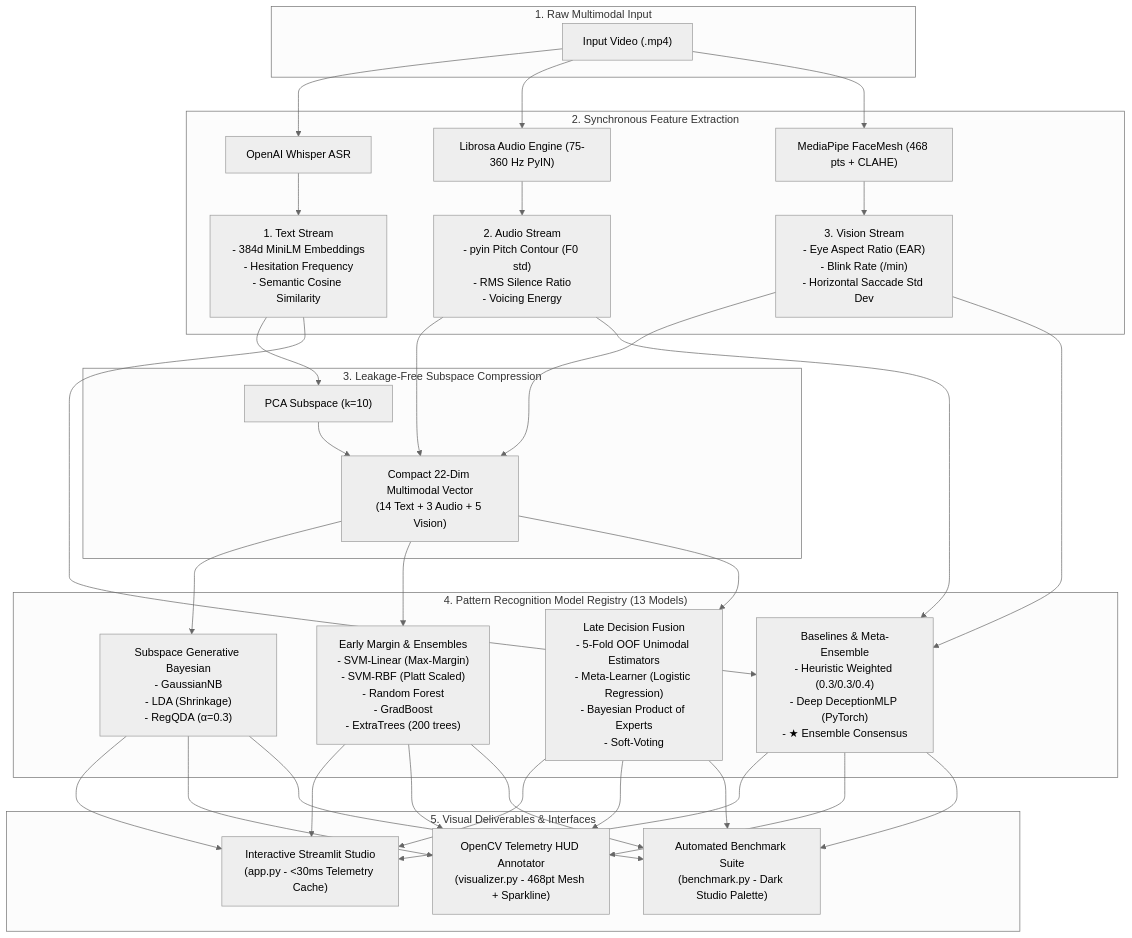
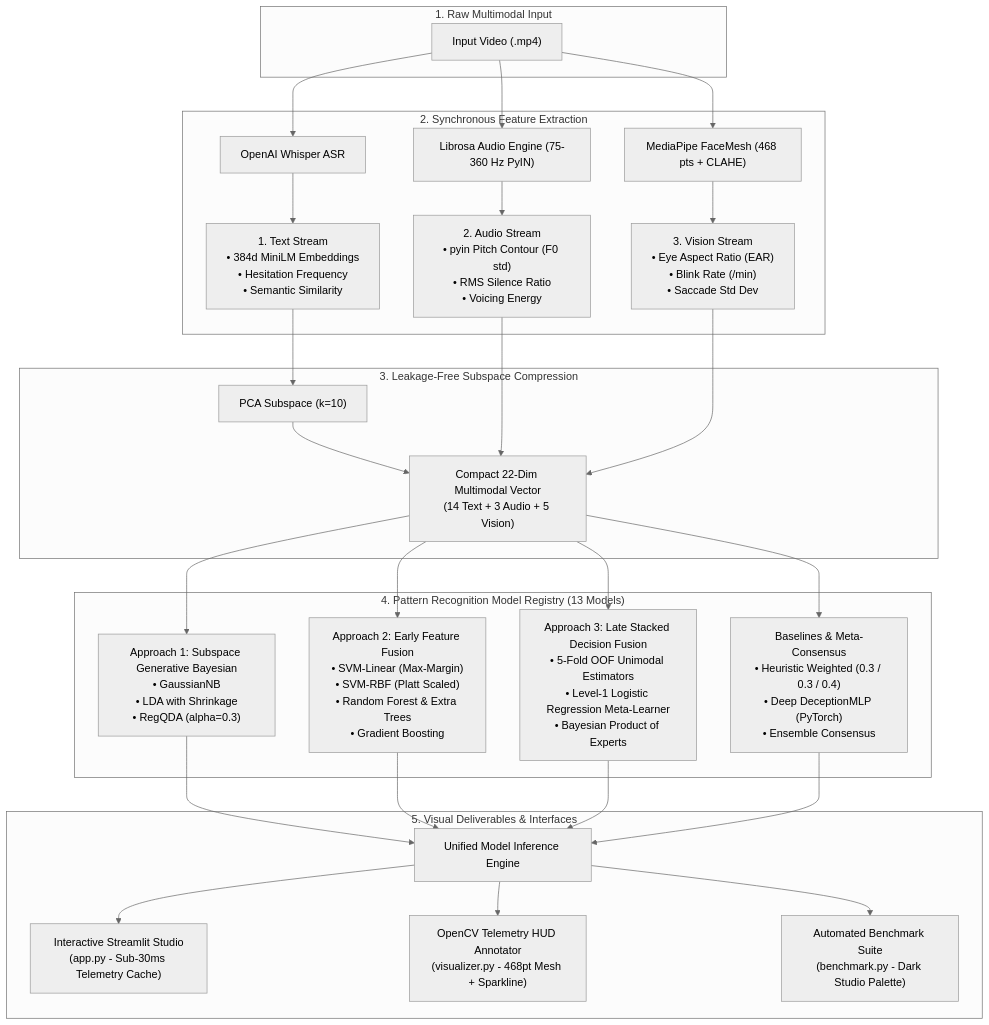
One commit to ChaitanyaParate/Multimodal_Deception_Detection_Using_Pattern_Recognition changed the diagram in README.md. Above: the diagram before and after it, drawn with Mermaid (neutral theme). The commit also changed other lines of this file, not shown here.

Commit message:
docx: added 'The Three Core Pattern Recognition Approaches' in readme

````diff
--- a/README.md
+++ b/README.md
@@ -32,34 +104,40 @@
 ```mermaid
 flowchart TD
-    subgraph Input ["1. Raw Multimodal Input"]
+    subgraph Input["1. Raw Multimodal Input"]
         V["Input Video (.mp4)"]
     end
 
-    subgraph FeatureExtraction ["2. Synchronous Feature Extraction"]
+    subgraph FeatureExtraction["2. Synchronous Feature Extraction"]
         V --> W["OpenAI Whisper ASR"]
         V --> L["Librosa Audio Engine (75-360 Hz PyIN)"]
         V --> M["MediaPipe FaceMesh (468 pts + CLAHE)"]
 
-        W --> T_FEAT["1. Text Stream\n- 384d MiniLM Embeddings\n- Hesitation Frequency\n- Semantic Cosine Similarity"]
-        L --> A_FEAT["2. Audio Stream\n- pyin Pitch Contour (F0 std)\n- RMS Silence Ratio\n- Voicing Energy"]
-        M --> V_FEAT["3. Vision Stream\n- Eye Aspect Ratio (EAR)\n- Blink Rate (/min)\n- Horizontal Saccade Std Dev"]
+        W --> T_FEAT["1. Text Stream<br/>• 384d MiniLM Embeddings<br/>• Hesitation Frequency<br/>• Semantic Similarity"]
+        L --> A_FEAT["2. Audio Stream<br/>• pyin Pitch Contour (F0 std)<br/>• RMS Silence Ratio<br/>• Voicing Energy"]
+        M --> V_FEAT["3. Vision Stream<br/>• Eye Aspect Ratio (EAR)<br/>• Blink Rate (/min)<br/>• Saccade Std Dev"]
     end
 
-    subgraph Subspace ["3. Leakage-Free Subspace Compression"]
+    subgraph Subspace["3. Leakage-Free Subspace Compression"]
         T_FEAT --> PCA_MOD["PCA Subspace (k=10)"]
-        PCA_MOD & A_FEAT & V_FEAT --> COMPACT["Compact 22-Dim Multimodal Vector\n(14 Text + 3 Audio + 5 Vision)"]
+        PCA_MOD --> COMPACT["Compact 22-Dim Multimodal Vector<br/>(14 Text + 3 Audio + 5 Vision)"]
+        A_FEAT --> COMPACT
+        V_FEAT --> COMPACT
     end
 
-    subgraph Models ["4. Pattern Recognition Model Registry (13 Models)"]
-        COMPACT --> FAM1["Subspace Generative Bayesian\n- GaussianNB\n- LDA (Shrinkage)\n- RegQDA (α=0.3)"]
-        COMPACT --> FAM2["Early Margin & Ensembles\n- SVM-Linear (Max-Margin)\n- SVM-RBF (Platt Scaled)\n- Random Forest\n- GradBoost\n- ExtraTrees (200 trees)"]
-        COMPACT --> FAM3["Late Decision Fusion\n- 5-Fold OOF Unimodal Estimators\n- Meta-Learner (Logistic Regression)\n- Bayesian Product of Experts\n- Soft-Voting"]
-        V_FEAT & A_FEAT & T_FEAT --> BASE["Baselines & Meta-Ensemble\n- Heuristic Weighted (0.3/0.3/0.4)\n- Deep DeceptionMLP (PyTorch)\n- ★ Ensemble Consensus"]
+    subgraph Models["4. Pattern Recognition Model Registry (13 Models)"]
+        COMPACT --> FAM1["Approach 1: Subspace Generative Bayesian<br/>• GaussianNB<br/>• LDA with Shrinkage<br/>• RegQDA (alpha=0.3)"]
+        COMPACT --> FAM2["Approach 2: Early Feature Fusion<br/>• SVM-Linear (Max-Margin)<br/>• SVM-RBF (Platt Scaled)<br/>• Random Forest & Extra Trees<br/>• Gradient Boosting"]
+        COMPACT --> FAM3["Approach 3: Late Stacked Decision Fusion<br/>• 5-Fold OOF Unimodal Estimators<br/>• Level-1 Logistic Regression Meta-Learner<br/>• Bayesian Product of Experts"]
+        COMPACT --> BASE["Baselines & Meta-Consensus<br/>• Heuristic Weighted (0.3 / 0.3 / 0.4)<br/>• Deep DeceptionMLP (PyTorch)<br/>• Ensemble Consensus"]
     end
 
-    subgraph Deliverables ["5. Visual Deliverables & Interfaces"]
-        FAM1 & FAM2 & FAM3 & BASE --> STUDIO["Interactive Streamlit Studio\n(app.py - <30ms Telemetry Cache)"]
-        FAM1 & FAM2 & FAM3 & BASE --> HUD["OpenCV Telemetry HUD Annotator\n(visualizer.py - 468pt Mesh + Sparkline)"]
-        FAM1 & FAM2 & FAM3 & BASE --> BENCH["Automated Benchmark Suite\n(benchmark.py - Dark Studio Palette)"]
+    subgraph Deliverables["5. Visual Deliverables & Interfaces"]
+        FAM1 --> APPS["Unified Model Inference Engine"]
+        FAM2 --> APPS
+        FAM3 --> APPS
+        BASE --> APPS
+        APPS --> STUDIO["Interactive Streamlit Studio<br/>(app.py - Sub-30ms Telemetry Cache)"]
+        APPS --> HUD["OpenCV Telemetry HUD Annotator<br/>(visualizer.py - 468pt Mesh + Sparkline)"]
+        APPS --> BENCH["Automated Benchmark Suite<br/>(benchmark.py - Dark Studio Palette)"]
     end
 ```
````
